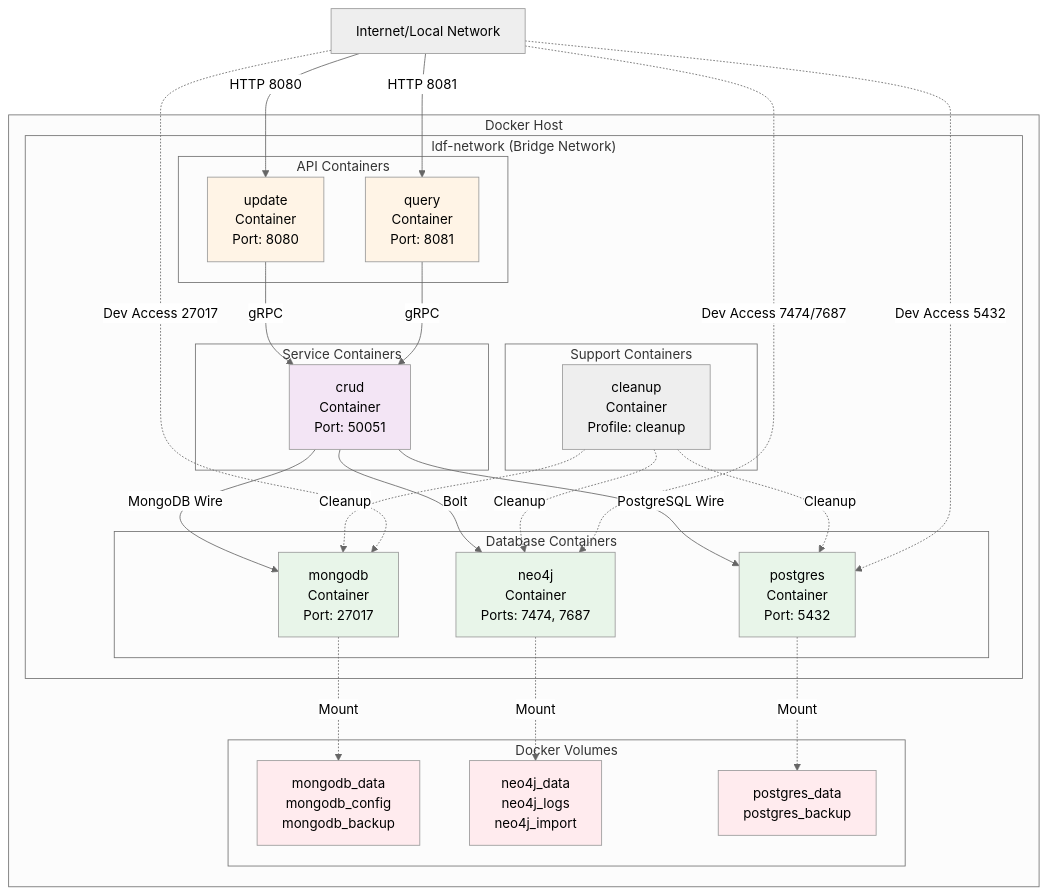
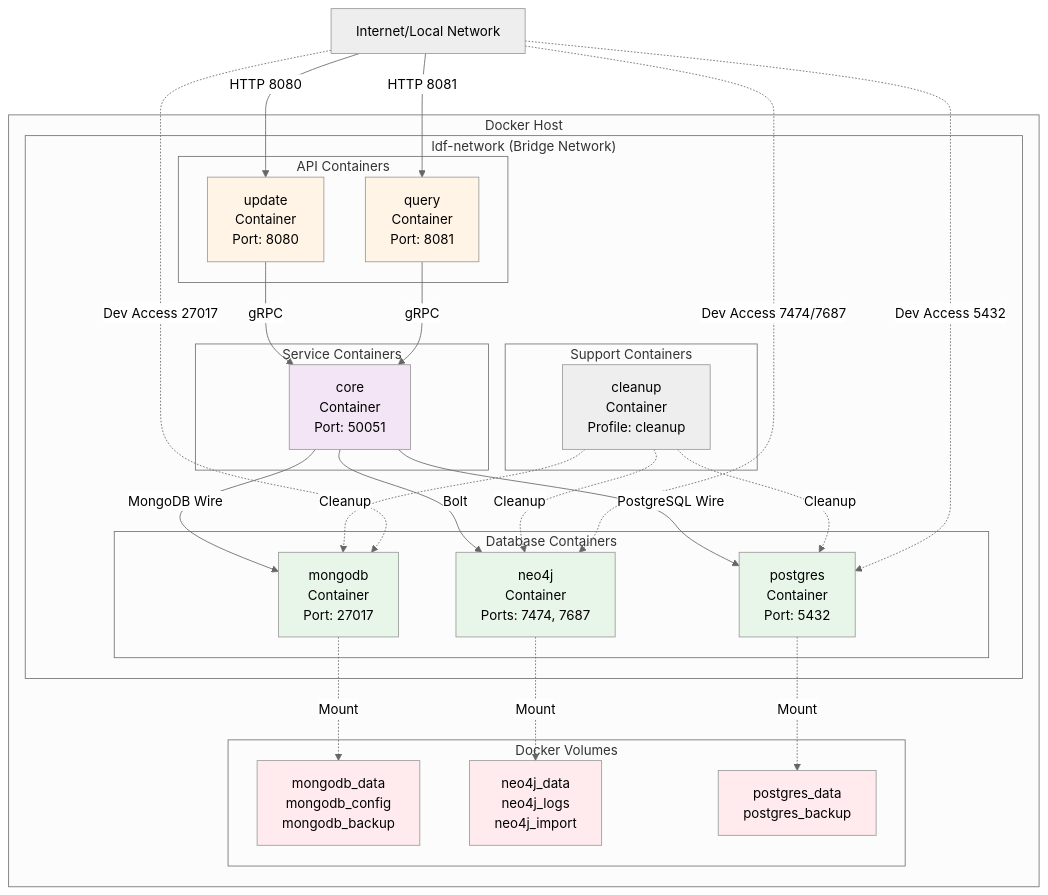
Before and after one commit to LDFLK/nexoan: the seventh of 10 diagrams in docs/architecture/diagrams.md, drawn with Mermaid (neutral theme). The commit also changed other lines of this file and 18 other files, not shown here.

````diff
--- a/docs/architecture/diagrams.md
+++ b/docs/architecture/diagrams.md
@@ -370,62 +370,62 @@
 ```mermaid
 graph TB
     subgraph "Docker Host"
         subgraph "ldf-network (Bridge Network)"
             subgraph "API Containers"
-                UpdateCont[update<br/>Container<br/>Port: 8080]
+                IngestionCont[update<br/>Container<br/>Port: 8080]
                 QueryCont[query<br/>Container<br/>Port: 8081]
             end
             
             subgraph "Service Containers"
-                CrudCont[crud<br/>Container<br/>Port: 50051]
+                CoreCont[core<br/>Container<br/>Port: 50051]
             end
             
             subgraph "Database Containers"
                 MongoCont[mongodb<br/>Container<br/>Port: 27017]
                 Neo4jCont[neo4j<br/>Container<br/>Ports: 7474, 7687]
                 PostgresCont[postgres<br/>Container<br/>Port: 5432]
             end
             
             subgraph "Support Containers"
                 CleanupCont[cleanup<br/>Container<br/>Profile: cleanup]
             end
             
-            UpdateCont -->|gRPC| CrudCont
-            QueryCont -->|gRPC| CrudCont
+            IngestionCont -->|gRPC| CoreCont
+            QueryCont -->|gRPC| CoreCont
             
-            CrudCont -->|MongoDB Wire| MongoCont
-            CrudCont -->|Bolt| Neo4jCont
-            CrudCont -->|PostgreSQL Wire| PostgresCont
+            CoreCont -->|MongoDB Wire| MongoCont
+            CoreCont -->|Bolt| Neo4jCont
+            CoreCont -->|PostgreSQL Wire| PostgresCont
             
             CleanupCont -.->|Cleanup| MongoCont
             CleanupCont -.->|Cleanup| Neo4jCont
             CleanupCont -.->|Cleanup| PostgresCont
         end
         
         subgraph "Docker Volumes"
             MongoVol[mongodb_data<br/>mongodb_config<br/>mongodb_backup]
             Neo4jVol[neo4j_data<br/>neo4j_logs<br/>neo4j_import]
             PostgresVol[postgres_data<br/>postgres_backup]
         end
         
         MongoCont -.->|Mount| MongoVol
         Neo4jCont -.->|Mount| Neo4jVol
         PostgresCont -.->|Mount| PostgresVol
     end
     
-    Internet[Internet/Local Network] -->|HTTP 8080| UpdateCont
+    Internet[Internet/Local Network] -->|HTTP 8080| IngestionCont
     Internet -->|HTTP 8081| QueryCont
     Internet -.->|Dev Access 27017| MongoCont
     Internet -.->|Dev Access 7474/7687| Neo4jCont
     Internet -.->|Dev Access 5432| PostgresCont
     
-    style UpdateCont fill:#fff4e6
+    style IngestionCont fill:#fff4e6
     style QueryCont fill:#fff4e6
-    style CrudCont fill:#f3e5f5
+    style CoreCont fill:#f3e5f5
     style MongoCont fill:#e8f5e9
     style Neo4jCont fill:#e8f5e9
     style PostgresCont fill:#e8f5e9
     style MongoVol fill:#ffebee
     style Neo4jVol fill:#ffebee
     style PostgresVol fill:#ffebee
 ```
````
